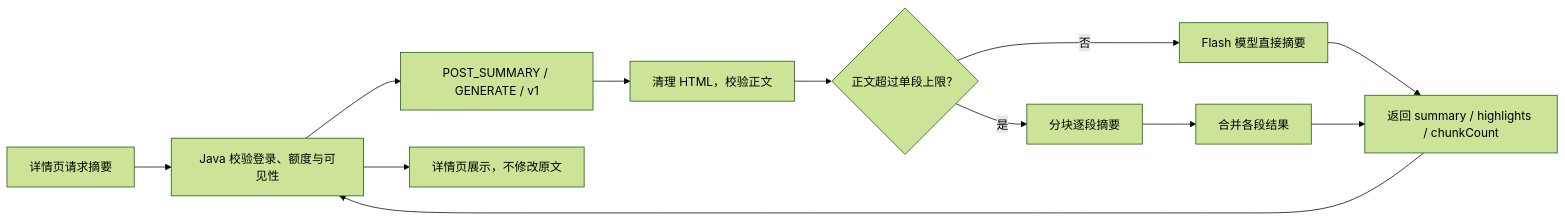
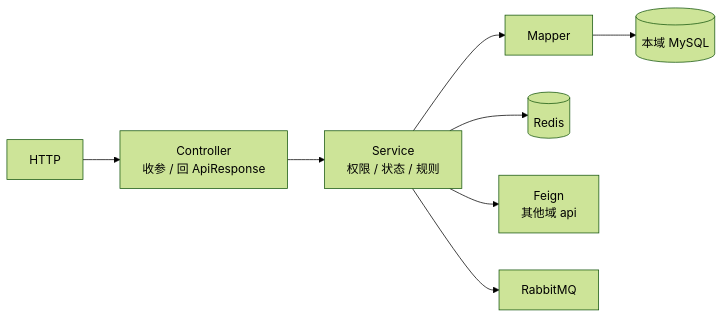
One commit to pluchon/mengmeng_forum changed the fifth of 29 diagrams in README.md. Above: the diagram before and after it, drawn with Mermaid (forest theme). The commit also changed other lines of this file and 1616 other files, not shown here.

````diff
--- a/README.md
+++ b/README.md
@@ -302,14 +145,10 @@
 ```mermaid
 flowchart LR
-  A["详情页请求摘要"] --> J["Java 校验登录、额度与可见性"]
-  J --> G["POST_SUMMARY / GENERATE / v1"]
-  G --> CLEAN["清理 HTML，校验正文"]
-  CLEAN --> SPLIT{"正文超过单段上限？"}
-  SPLIT -->|否| ONE["Flash 模型直接摘要"]
-  SPLIT -->|是| CHUNK["分块逐段摘要"]
-  CHUNK --> MERGE["合并各段结果"]
-  ONE --> RESULT["返回 summary / highlights / chunkCount"]
-  MERGE --> RESULT
-  RESULT --> J
-  J --> UI["详情页展示，不修改原文"]
+  REQ["HTTP"] --> CTL["Controller<br/>收参 / 回 ApiResponse"]
+  CTL --> SVC["Service<br/>权限 / 状态 / 规则"]
+  SVC --> MAP["Mapper"]
+  MAP --> DB[("本域 MySQL")]
+  SVC --> CACHE[("Redis")]
+  SVC --> FEIGN["Feign<br/>其他域 api"]
+  SVC --> MQ["RabbitMQ"]
 ```
````
